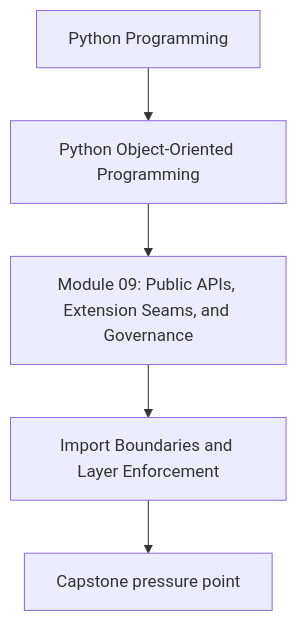
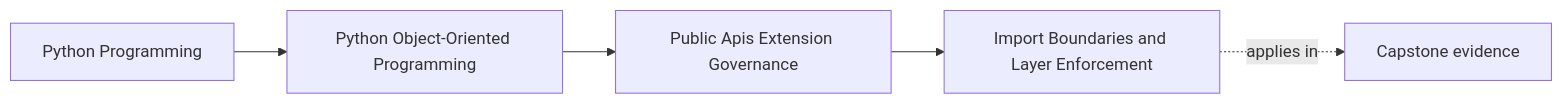
The first of 2 diagrams in programs/python-programming/python-object-oriented-programming/course-book/module-09-public-apis-extension-governance/import-boundaries-and-layer-enforcement.md (bijux/bijux-masterclass), drawn with Mermaid before and after one commit. The commit also changed other lines of this file and 103 other files, not shown here.

Commit message:
docs(python-object-oriented-programming): map sustainment and capstone surfaces

````diff
--- a/programs/python-programming/python-object-oriented-programming/course-book/module-09-public-apis-extension-governance/import-boundaries-and-layer-enforcement.md
+++ b/programs/python-programming/python-object-oriented-programming/course-book/module-09-public-apis-extension-governance/import-boundaries-and-layer-enforcement.md
@@ -7,7 +7,11 @@
 ```mermaid
-flowchart TD
-  family["Python Programming"] --> program["Python Object-Oriented Programming"]
-  program --> module["Module 09: Public APIs, Extension Seams, and Governance"]
-  module --> concept["Import Boundaries and Layer Enforcement"]
-  concept --> capstone["Capstone pressure point"]
+graph LR
+  family["Python Programming"]
+  program["Python Object-Oriented Programming"]
+  section["Public Apis Extension Governance"]
+  page["Import Boundaries and Layer Enforcement"]
+  capstone["Capstone evidence"]
+
+  family --> program --> section --> page
+  page -.applies in.-> capstone
 ```
````
